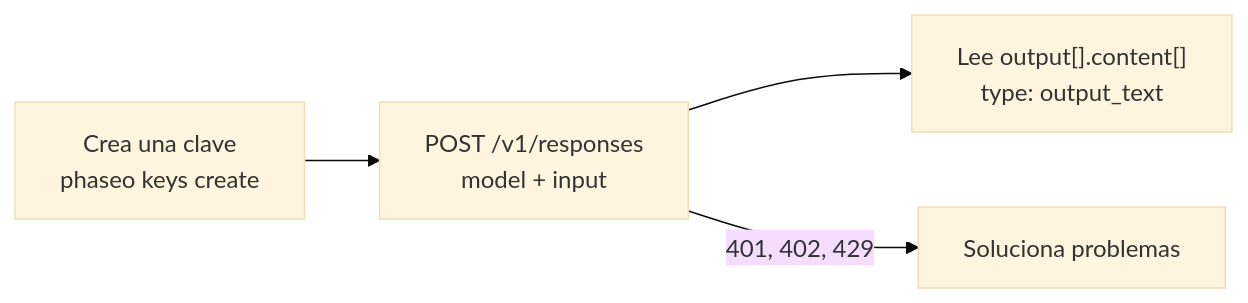
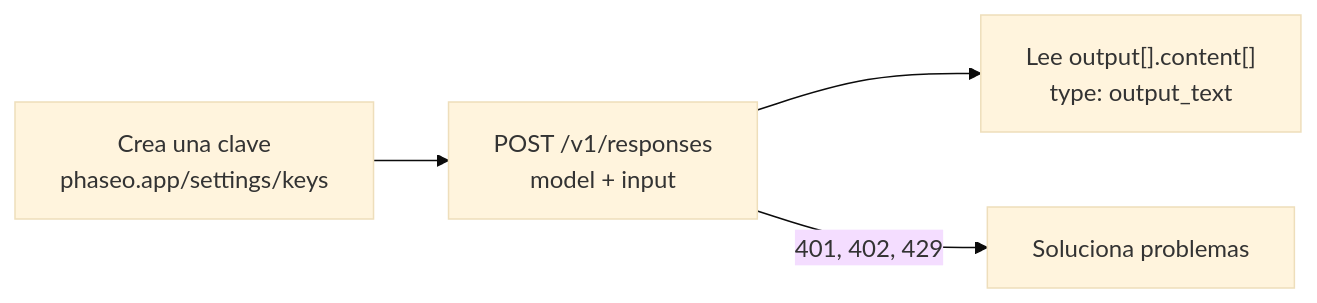
Before and after one commit to phaseoteam/Phaseo: the diagram in apps/docs/es/v1/quickstart.mdx, drawn with Mermaid (base theme). The commit also changed other lines of this file and 238 other files, not shown here.

````diff
--- a/apps/docs/es/v1/quickstart.mdx
+++ b/apps/docs/es/v1/quickstart.mdx
@@ -9,6 +9,6 @@
 ```mermaid
 flowchart LR
-  key["Crea una clave<br/>phaseo keys create"] --> req["POST /v1/responses<br/>model + input"]
+  key["Crea una clave<br/>phaseo.app/settings/keys"] --> req["POST /v1/responses<br/>model + input"]
   req --> read["Lee output[].content[]<br/>type: output_text"]
   req -->|"401, 402, 429"| fix["Soluciona problemas"]
 ```
````
